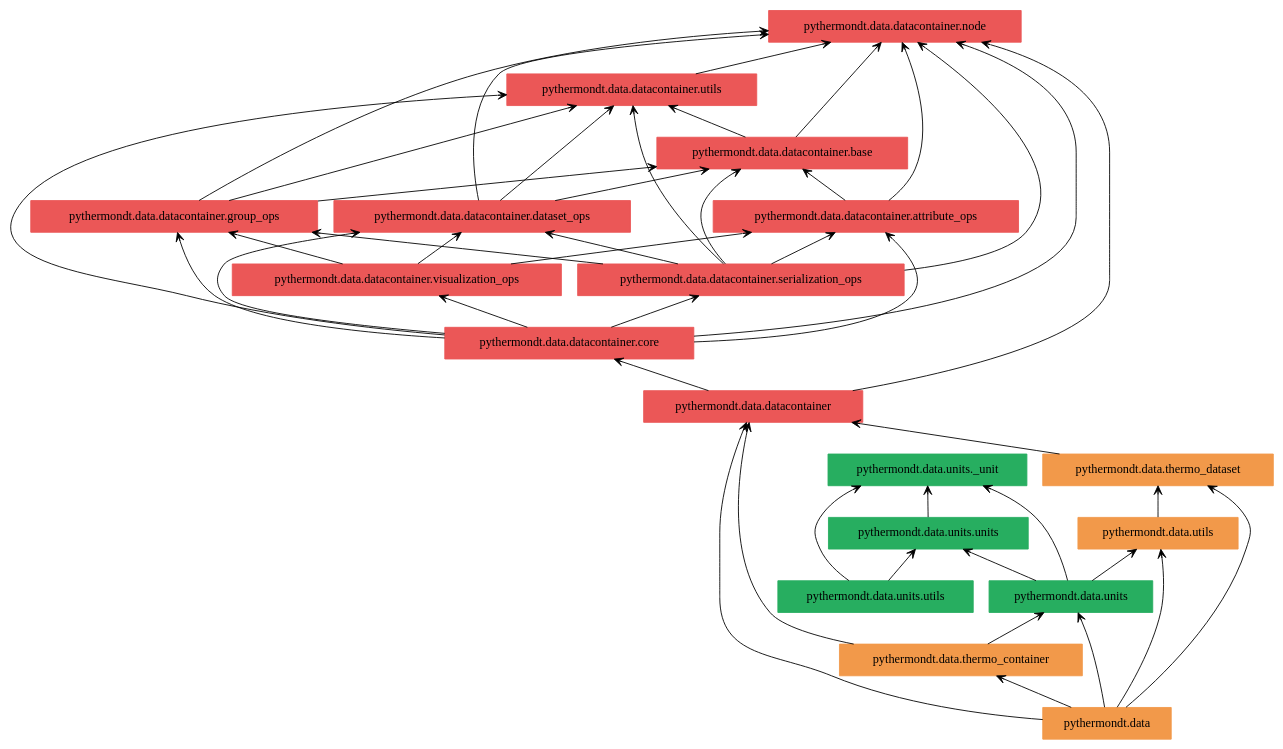
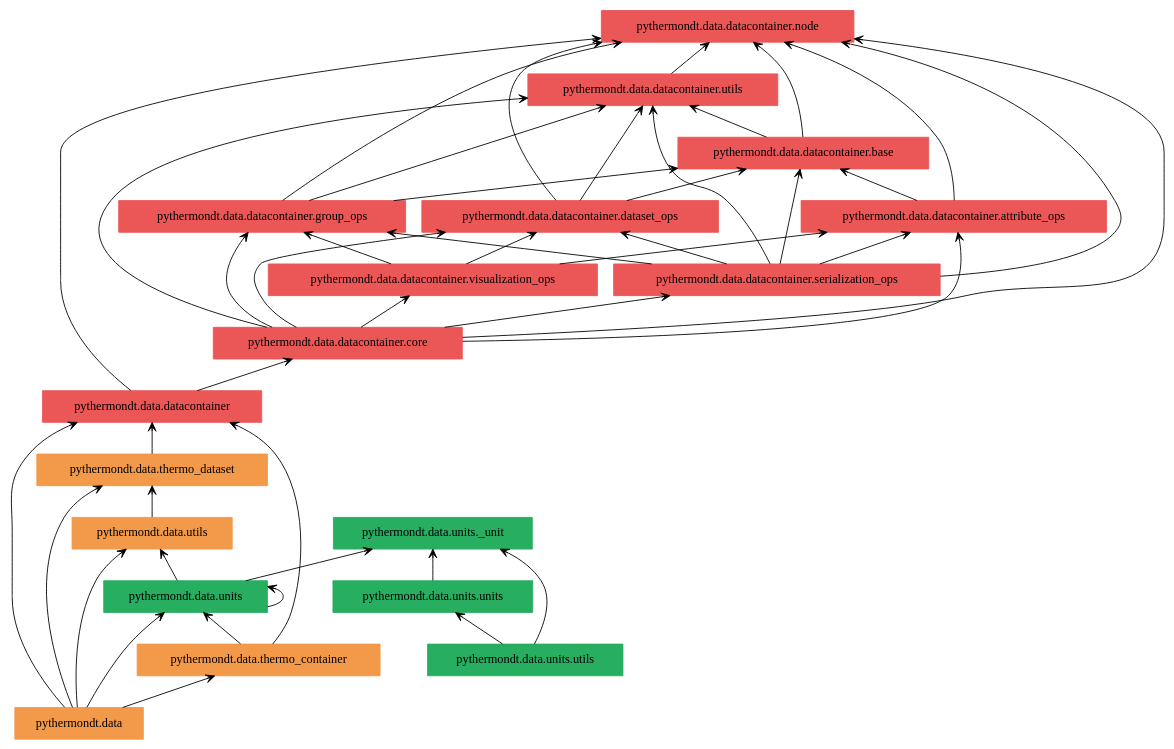
The diagram in docs/pyreverse/graphviz/packages_pythermondt.data.gv (voidsy-gmbh/pyThermoNDT), drawn with Graphviz before and after one commit. The commit also changed 18 other files, not shown here.

```diff
--- a/docs/pyreverse/graphviz/packages_pythermondt.data.gv
+++ b/docs/pyreverse/graphviz/packages_pythermondt.data.gv
@@ -1,66 +1,66 @@
 digraph "packages_pythermondt.data" {
 rankdir=BT
 charset="utf-8"
 "pythermondt.data" [color="#F2994A", label=<pythermondt.data>, shape="box", style="filled"];
 "pythermondt.data.datacontainer" [color="#EB5757", label=<pythermondt.data.datacontainer>, shape="box", style="filled"];
 "pythermondt.data.datacontainer.attribute_ops" [color="#EB5757", label=<pythermondt.data.datacontainer.attribute_ops>, shape="box", style="filled"];
 "pythermondt.data.datacontainer.base" [color="#EB5757", label=<pythermondt.data.datacontainer.base>, shape="box", style="filled"];
 "pythermondt.data.datacontainer.core" [color="#EB5757", label=<pythermondt.data.datacontainer.core>, shape="box", style="filled"];
 "pythermondt.data.datacontainer.dataset_ops" [color="#EB5757", label=<pythermondt.data.datacontainer.dataset_ops>, shape="box", style="filled"];
 "pythermondt.data.datacontainer.group_ops" [color="#EB5757", label=<pythermondt.data.datacontainer.group_ops>, shape="box", style="filled"];
 "pythermondt.data.datacontainer.node" [color="#EB5757", label=<pythermondt.data.datacontainer.node>, shape="box", style="filled"];
 "pythermondt.data.datacontainer.serialization_ops" [color="#EB5757", label=<pythermondt.data.datacontainer.serialization_ops>, shape="box", style="filled"];
 "pythermondt.data.datacontainer.utils" [color="#EB5757", label=<pythermondt.data.datacontainer.utils>, shape="box", style="filled"];
 "pythermondt.data.datacontainer.visualization_ops" [color="#EB5757", label=<pythermondt.data.datacontainer.visualization_ops>, shape="box", style="filled"];
 "pythermondt.data.thermo_container" [color="#F2994A", label=<pythermondt.data.thermo_container>, shape="box", style="filled"];
 "pythermondt.data.thermo_dataset" [color="#F2994A", label=<pythermondt.data.thermo_dataset>, shape="box", style="filled"];
 "pythermondt.data.units" [color="#27AE60", label=<pythermondt.data.units>, shape="box", style="filled"];
 "pythermondt.data.units._unit" [color="#27AE60", label=<pythermondt.data.units._unit>, shape="box", style="filled"];
 "pythermondt.data.units.units" [color="#27AE60", label=<pythermondt.data.units.units>, shape="box", style="filled"];
 "pythermondt.data.units.utils" [color="#27AE60", label=<pythermondt.data.units.utils>, shape="box", style="filled"];
 "pythermondt.data.utils" [color="#F2994A", label=<pythermondt.data.utils>, shape="box", style="filled"];
 "pythermondt.data" -> "pythermondt.data.datacontainer" [arrowhead="open", arrowtail="none"];
 "pythermondt.data" -> "pythermondt.data.thermo_container" [arrowhead="open", arrowtail="none"];
 "pythermondt.data" -> "pythermondt.data.thermo_dataset" [arrowhead="open", arrowtail="none"];
 "pythermondt.data" -> "pythermondt.data.units" [arrowhead="open", arrowtail="none"];
 "pythermondt.data" -> "pythermondt.data.utils" [arrowhead="open", arrowtail="none"];
 "pythermondt.data.datacontainer" -> "pythermondt.data.datacontainer.core" [arrowhead="open", arrowtail="none"];
 "pythermondt.data.datacontainer" -> "pythermondt.data.datacontainer.node" [arrowhead="open", arrowtail="none"];
 "pythermondt.data.datacontainer.attribute_ops" -> "pythermondt.data.datacontainer.base" [arrowhead="open", arrowtail="none"];
 "pythermondt.data.datacontainer.attribute_ops" -> "pythermondt.data.datacontainer.node" [arrowhead="open", arrowtail="none"];
 "pythermondt.data.datacontainer.base" -> "pythermondt.data.datacontainer.node" [arrowhead="open", arrowtail="none"];
 "pythermondt.data.datacontainer.base" -> "pythermondt.data.datacontainer.utils" [arrowhead="open", arrowtail="none"];
 "pythermondt.data.datacontainer.core" -> "pythermondt.data.datacontainer.attribute_ops" [arrowhead="open", arrowtail="none"];
 "pythermondt.data.datacontainer.core" -> "pythermondt.data.datacontainer.dataset_ops" [arrowhead="open", arrowtail="none"];
 "pythermondt.data.datacontainer.core" -> "pythermondt.data.datacontainer.group_ops" [arrowhead="open", arrowtail="none"];
 "pythermondt.data.datacontainer.core" -> "pythermondt.data.datacontainer.node" [arrowhead="open", arrowtail="none"];
 "pythermondt.data.datacontainer.core" -> "pythermondt.data.datacontainer.serialization_ops" [arrowhead="open", arrowtail="none"];
 "pythermondt.data.datacontainer.core" -> "pythermondt.data.datacontainer.utils" [arrowhead="open", arrowtail="none"];
 "pythermondt.data.datacontainer.core" -> "pythermondt.data.datacontainer.visualization_ops" [arrowhead="open", arrowtail="none"];
 "pythermondt.data.datacontainer.dataset_ops" -> "pythermondt.data.datacontainer.base" [arrowhead="open", arrowtail="none"];
 "pythermondt.data.datacontainer.dataset_ops" -> "pythermondt.data.datacontainer.node" [arrowhead="open", arrowtail="none"];
 "pythermondt.data.datacontainer.dataset_ops" -> "pythermondt.data.datacontainer.utils" [arrowhead="open", arrowtail="none"];
 "pythermondt.data.datacontainer.group_ops" -> "pythermondt.data.datacontainer.base" [arrowhead="open", arrowtail="none"];
 "pythermondt.data.datacontainer.group_ops" -> "pythermondt.data.datacontainer.node" [arrowhead="open", arrowtail="none"];
 "pythermondt.data.datacontainer.group_ops" -> "pythermondt.data.datacontainer.utils" [arrowhead="open", arrowtail="none"];
 "pythermondt.data.datacontainer.serialization_ops" -> "pythermondt.data.datacontainer.attribute_ops" [arrowhead="open", arrowtail="none"];
 "pythermondt.data.datacontainer.serialization_ops" -> "pythermondt.data.datacontainer.base" [arrowhead="open", arrowtail="none"];
 "pythermondt.data.datacontainer.serialization_ops" -> "pythermondt.data.datacontainer.dataset_ops" [arrowhead="open", arrowtail="none"];
 "pythermondt.data.datacontainer.serialization_ops" -> "pythermondt.data.datacontainer.group_ops" [arrowhead="open", arrowtail="none"];
 "pythermondt.data.datacontainer.serialization_ops" -> "pythermondt.data.datacontainer.node" [arrowhead="open", arrowtail="none"];
 "pythermondt.data.datacontainer.serialization_ops" -> "pythermondt.data.datacontainer.utils" [arrowhead="open", arrowtail="none"];
 "pythermondt.data.datacontainer.utils" -> "pythermondt.data.datacontainer.node" [arrowhead="open", arrowtail="none"];
 "pythermondt.data.datacontainer.visualization_ops" -> "pythermondt.data.datacontainer.attribute_ops" [arrowhead="open", arrowtail="none"];
 "pythermondt.data.datacontainer.visualization_ops" -> "pythermondt.data.datacontainer.dataset_ops" [arrowhead="open", arrowtail="none"];
 "pythermondt.data.datacontainer.visualization_ops" -> "pythermondt.data.datacontainer.group_ops" [arrowhead="open", arrowtail="none"];
 "pythermondt.data.thermo_container" -> "pythermondt.data.datacontainer" [arrowhead="open", arrowtail="none"];
 "pythermondt.data.thermo_container" -> "pythermondt.data.units" [arrowhead="open", arrowtail="none"];
 "pythermondt.data.thermo_dataset" -> "pythermondt.data.datacontainer" [arrowhead="open", arrowtail="none"];
+"pythermondt.data.units" -> "pythermondt.data.units" [arrowhead="open", arrowtail="none"];
 "pythermondt.data.units" -> "pythermondt.data.units._unit" [arrowhead="open", arrowtail="none"];
-"pythermondt.data.units" -> "pythermondt.data.units.units" [arrowhead="open", arrowtail="none"];
 "pythermondt.data.units" -> "pythermondt.data.utils" [arrowhead="open", arrowtail="none"];
 "pythermondt.data.units.units" -> "pythermondt.data.units._unit" [arrowhead="open", arrowtail="none"];
 "pythermondt.data.units.utils" -> "pythermondt.data.units._unit" [arrowhead="open", arrowtail="none"];
 "pythermondt.data.units.utils" -> "pythermondt.data.units.units" [arrowhead="open", arrowtail="none"];
 "pythermondt.data.utils" -> "pythermondt.data.thermo_dataset" [arrowhead="open", arrowtail="none"];
 }
```
